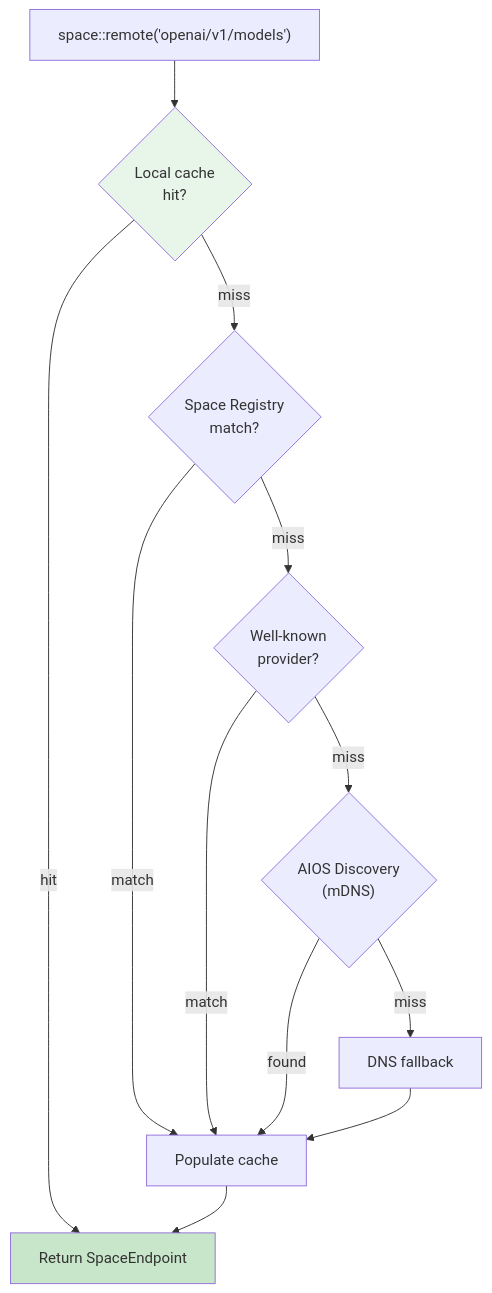
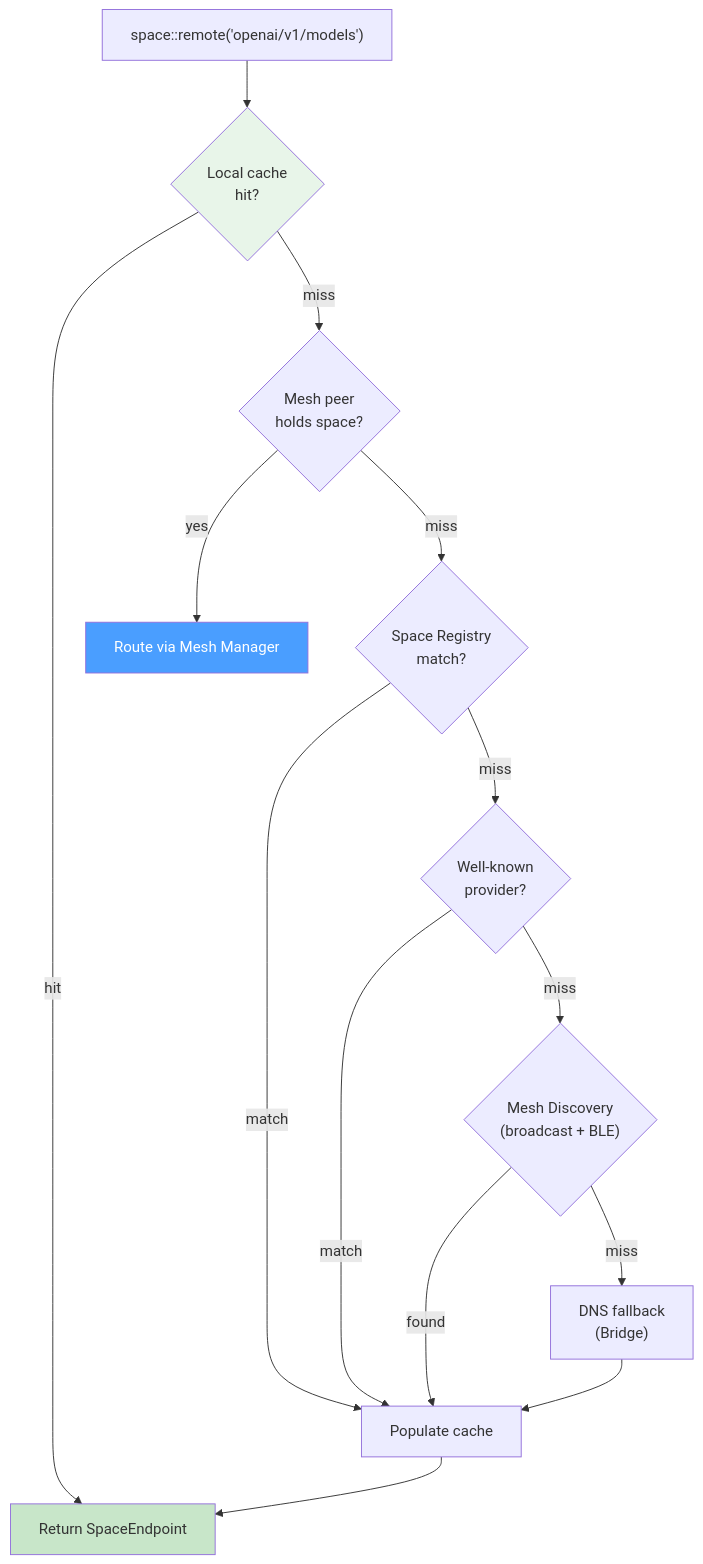
One commit to juslee/aios changed the second of 6 diagrams in docs/platform/networking/components.md. Above: the diagram before and after it, drawn with Mermaid. The commit also changed other lines of this file and 74 other files, not shown here.

````diff
--- a/docs/platform/networking/components.md
+++ b/docs/platform/networking/components.md
@@ -77,18 +137,21 @@
 ```mermaid
 flowchart TD
     Query["space::remote('openai/v1/models')"]
     Query --> Cache{"Local cache\nhit?"}
     Cache -->|"hit"| Return["Return SpaceEndpoint"]
-    Cache -->|"miss"| Registry{"Space Registry\nmatch?"}
+    Cache -->|"miss"| Mesh{"Mesh peer\nholds space?"}
+    Mesh -->|"yes"| MeshRoute["Route via Mesh Manager"]
+    Mesh -->|"miss"| Registry{"Space Registry\nmatch?"}
     Registry -->|"match"| Populate["Populate cache"]
     Registry -->|"miss"| WellKnown{"Well-known\nprovider?"}
     WellKnown -->|"match"| Populate
-    WellKnown -->|"miss"| Discovery{"AIOS Discovery\n(mDNS)"}
+    WellKnown -->|"miss"| Discovery{"Mesh Discovery\n(broadcast + BLE)"}
     Discovery -->|"found"| Populate
-    Discovery -->|"miss"| DNS["DNS fallback"]
+    Discovery -->|"miss"| DNS["DNS fallback\n(Bridge)"]
     DNS --> Populate
     Populate --> Return
 
     style Cache fill:#e8f5e9
     style Return fill:#c8e6c9
+    style MeshRoute fill:#4a9eff,color:#fff
 ```
````
